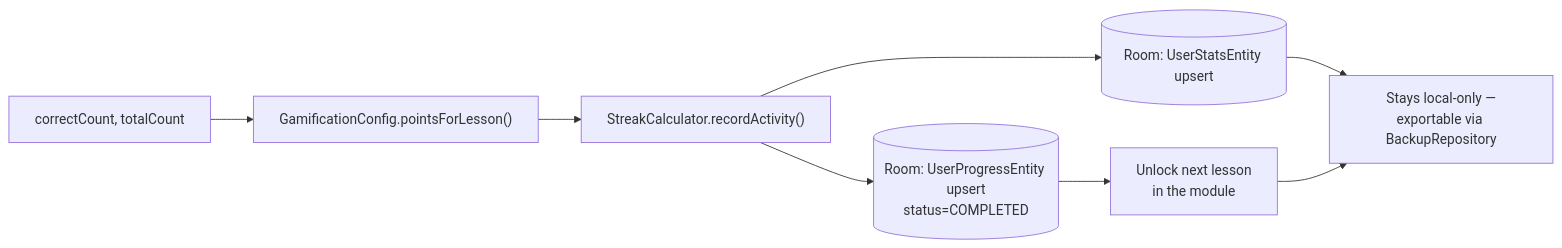
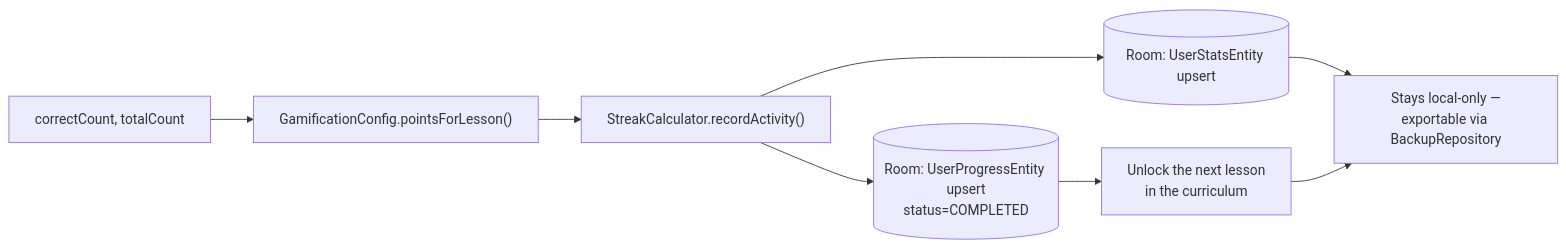
The fourth of 4 diagrams in docs/USER_FLOWS.md (deanybytes/QuranicWords), drawn with Mermaid before and after one commit. The commit also changed other lines of this file and 44 other files, not shown here.

````diff
--- a/docs/USER_FLOWS.md
+++ b/docs/USER_FLOWS.md
@@ -106,9 +101,9 @@
 ```mermaid
 flowchart LR
     A[correctCount, totalCount] --> B["GamificationConfig.pointsForLesson()"]
     B --> C["StreakCalculator.recordActivity()"]
     C --> D[(Room: UserStatsEntity upsert)]
     C --> E[(Room: UserProgressEntity upsert<br/>status=COMPLETED)]
-    E --> F[Unlock next lesson<br/>in the module]
+    E --> F[Unlock the next lesson<br/>in the curriculum]
     D & F --> G[Stays local-only —<br/>exportable via BackupRepository]
 ```
````
